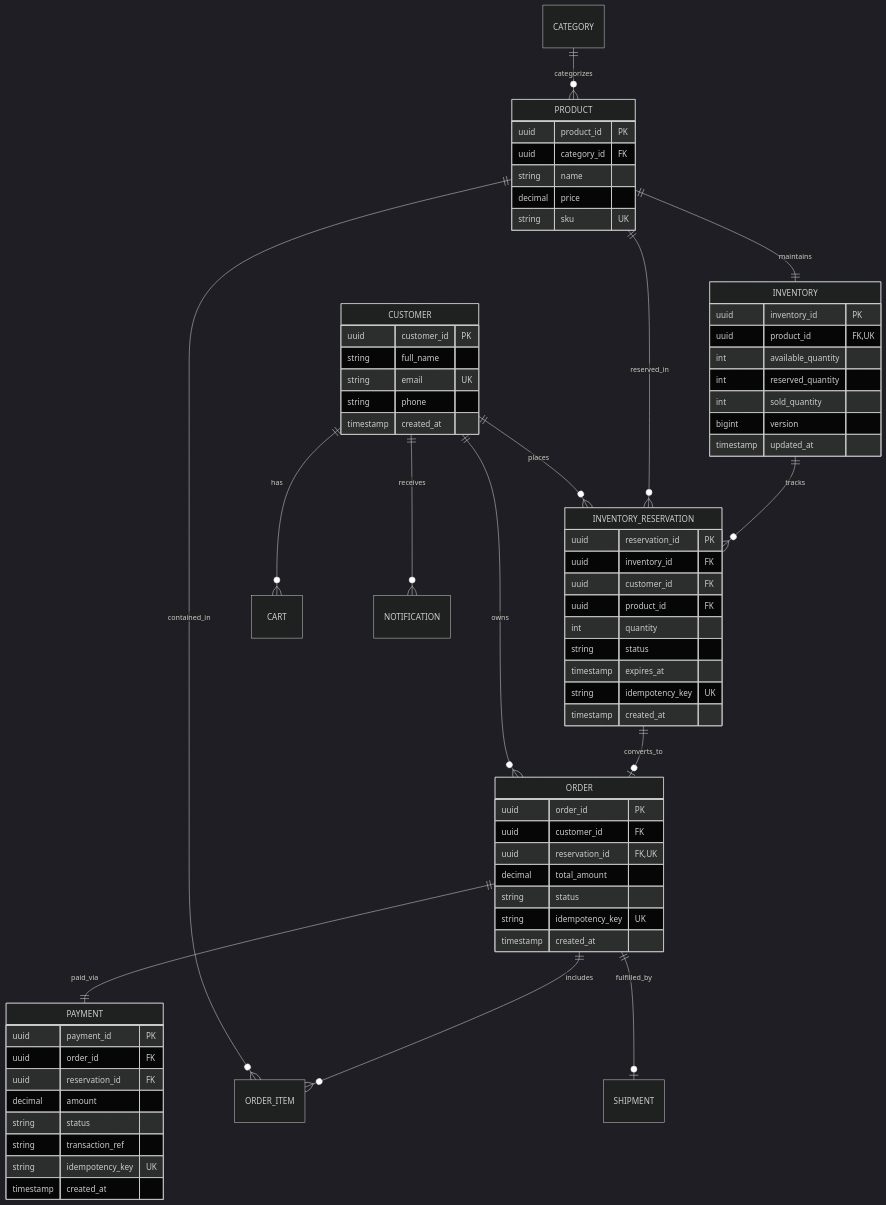
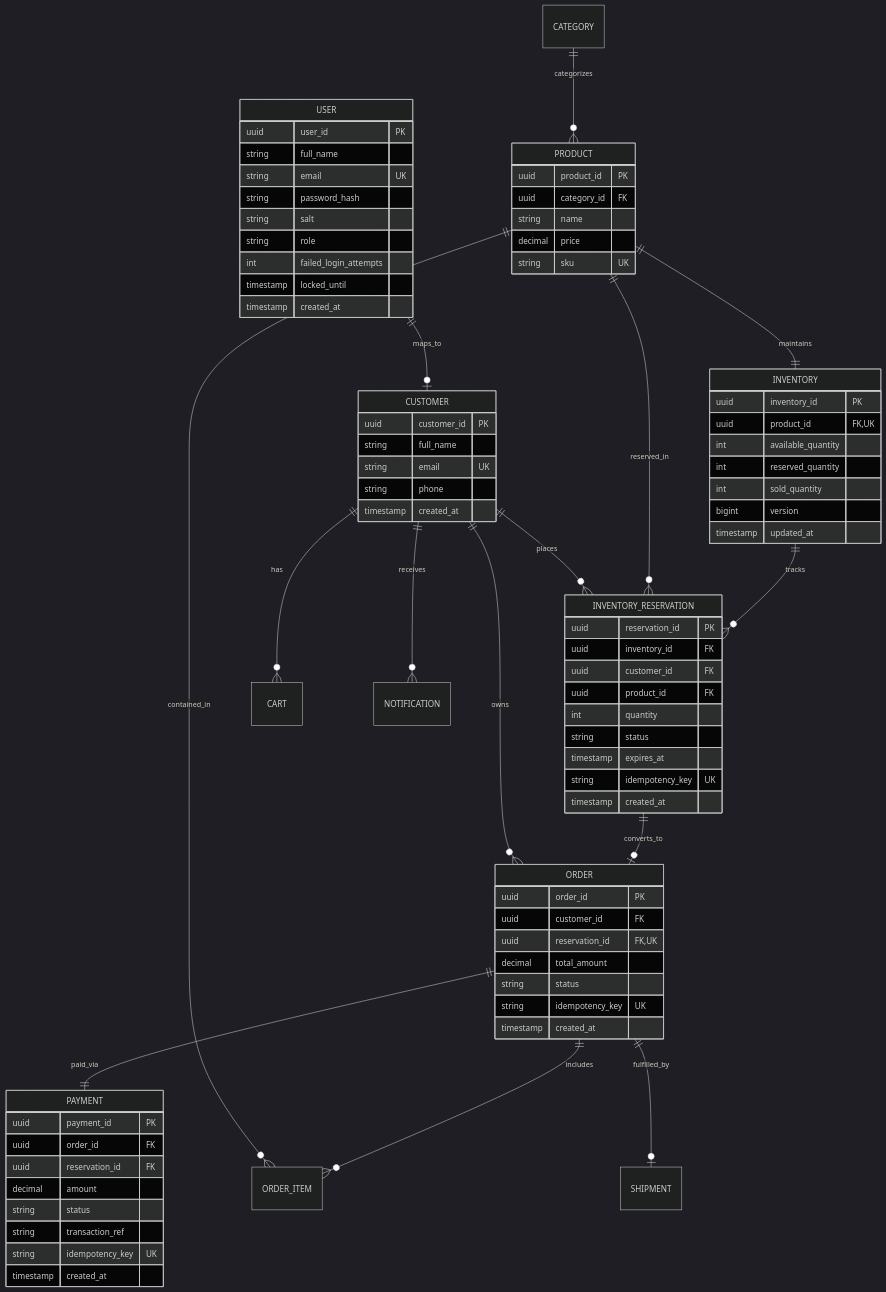
Before and after one commit to KungumapriyaaMKP/Velora-s-Flash-Forge: the diagram in 04_Database/DATABASE.md, drawn with Mermaid (dark theme). The commit also changed 14 other files, not shown here.

Commit message:
feat(auth): add professional login & signup UI, PBKDF2 password hashing with salt, role authorization (AuthZ), account lockout mutex, and Supabase users schema

```diff
--- a/04_Database/DATABASE.md
+++ b/04_Database/DATABASE.md
@@ -24,6 +24,20 @@
     ORDER ||--o{ ORDER_ITEM : includes
     ORDER ||--o| SHIPMENT : fulfilled_by
     CUSTOMER ||--o{ NOTIFICATION : receives
+
+    USER ||--o| CUSTOMER : maps_to
+
+    USER {
+        uuid user_id PK
+        string full_name
+        string email UK
+        string password_hash
+        string salt
+        string role
+        int failed_login_attempts
+        timestamp locked_until
+        timestamp created_at
+    }
 
     CUSTOMER {
         uuid customer_id PK
```
